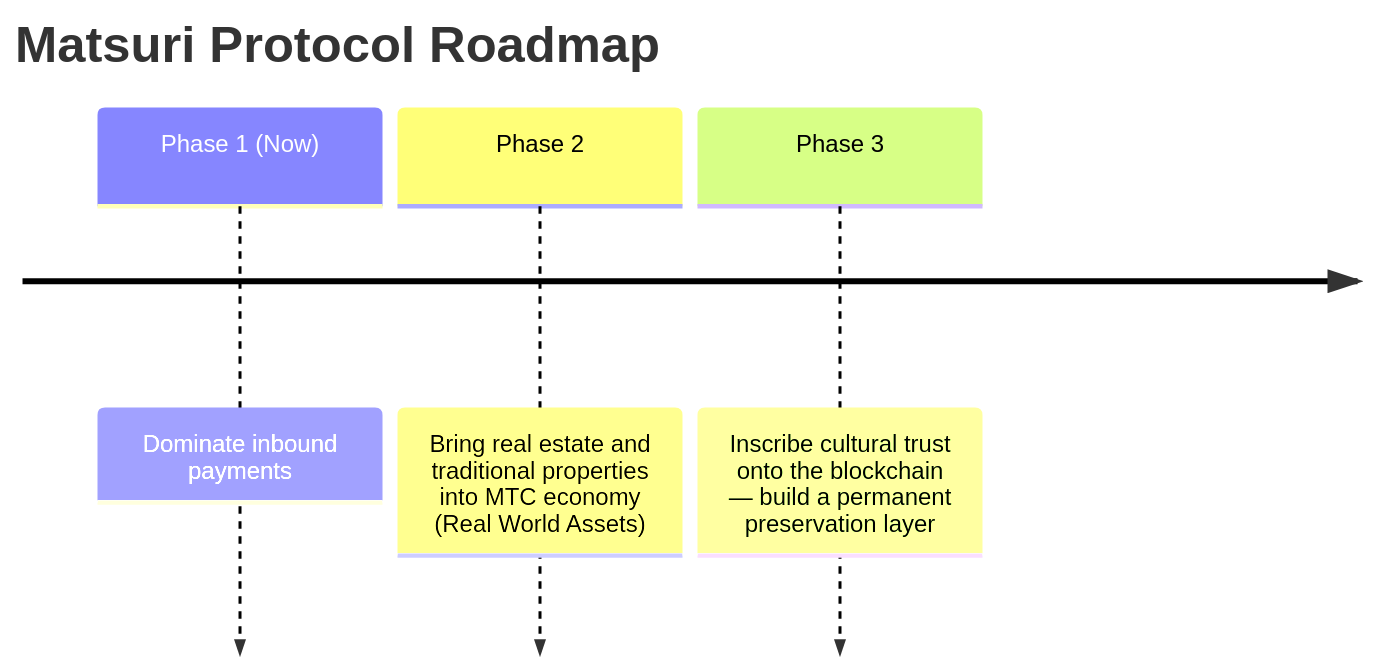
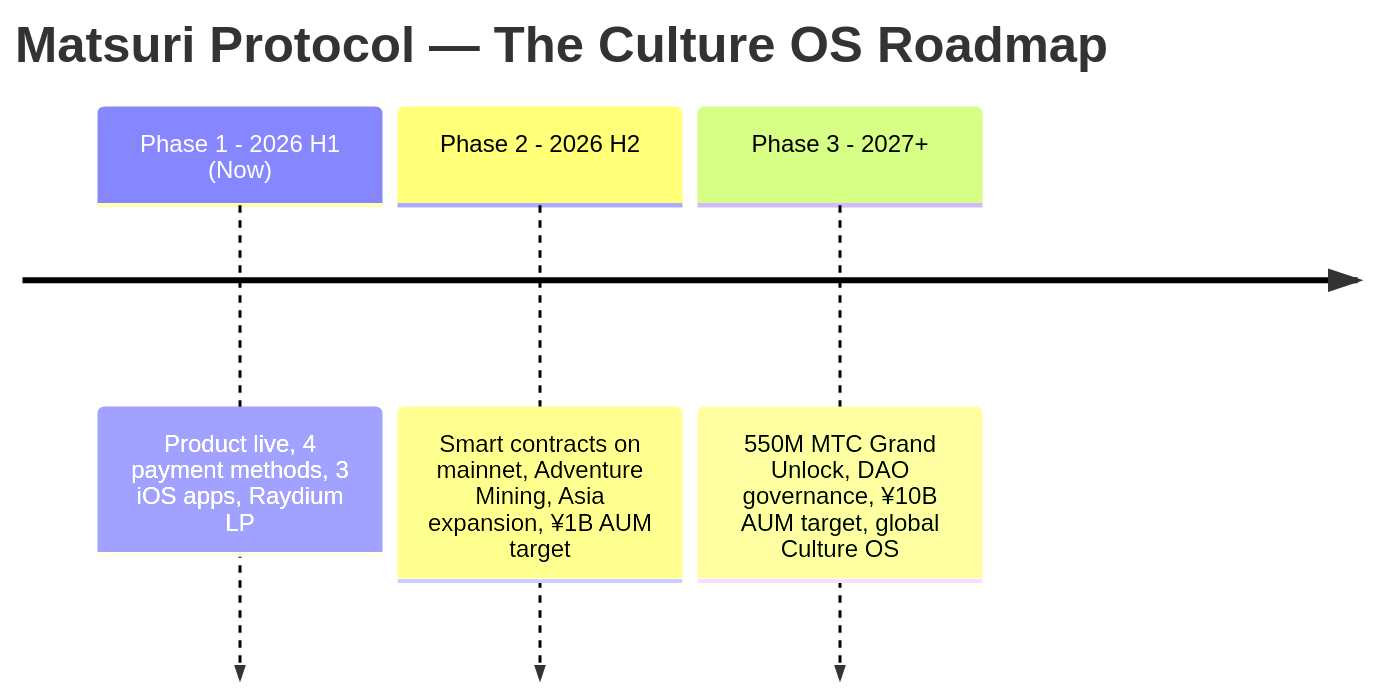
Before and after one commit to Cootakahashi/matsuri-dao-whitepaper: the second of 2 diagrams in docs/02-vision.md, drawn with Mermaid. The commit also changed other lines of this file and 102 other files, not shown here.

````diff
--- a/docs/02-vision.md
+++ b/docs/02-vision.md
@@ -76,7 +90,7 @@
 ```mermaid
 timeline
-    title Matsuri Protocol Roadmap
-    Phase 1 (Now) : Dominate inbound payments
-    Phase 2 : Bring real estate and traditional properties into MTC economy (Real World Assets)
-    Phase 3 : Inscribe cultural trust onto the blockchain — build a permanent preservation layer
+    title Matsuri Protocol — The Culture OS Roadmap
+    Phase 1 - 2026 H1 (Now) : Product live, 4 payment methods, 3 iOS apps, Raydium LP
+    Phase 2 - 2026 H2 : Smart contracts on mainnet, Adventure Mining, Asia expansion, ¥1B AUM target
+    Phase 3 - 2027+ : 550M MTC Grand Unlock, DAO governance, ¥10B AUM target, global Culture OS
 ```
````
